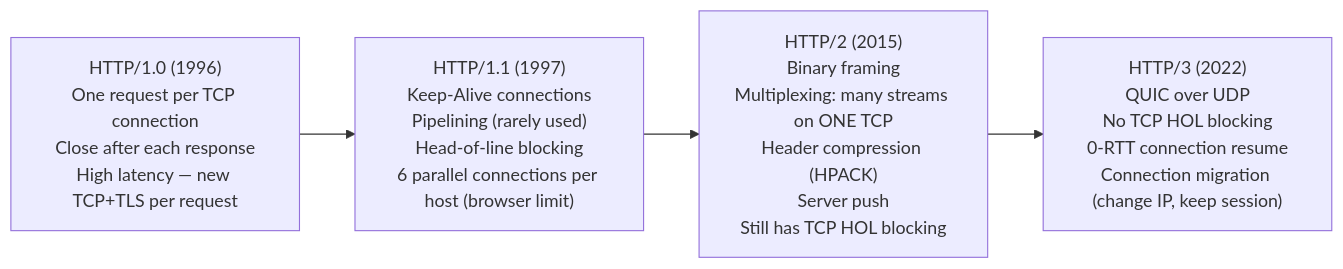
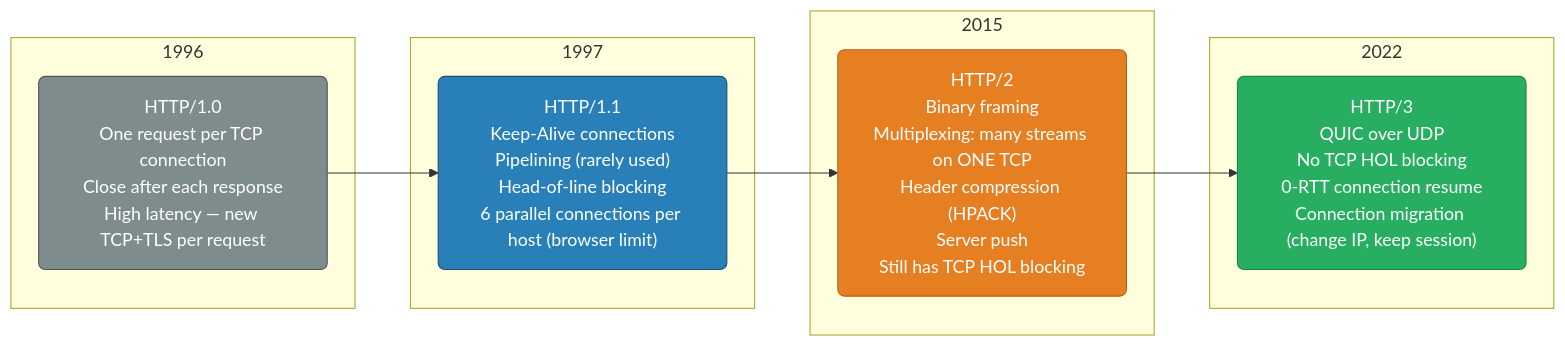
The fifth of 9 diagrams in networking/http-versions.md (deepanshu-rawat6/DevOpsIndex), drawn with Mermaid before and after one commit. The commit also changed other lines of this file and 8 other files, not shown here.

````diff
--- a/networking/http-versions.md
+++ b/networking/http-versions.md
@@ -132,9 +199,22 @@
 ```mermaid
 graph LR
-    H10["HTTP/1.0 (1996)<br>One request per TCP connection<br>Close after each response<br>High latency — new TCP+TLS per request"]
-    H11["HTTP/1.1 (1997)<br>Keep-Alive connections<br>Pipelining (rarely used)<br>Head-of-line blocking<br>6 parallel connections per host (browser limit)"]
-    H2["HTTP/2 (2015)<br>Binary framing<br>Multiplexing: many streams on ONE TCP<br>Header compression (HPACK)<br>Server push<br>Still has TCP HOL blocking"]
-    H3["HTTP/3 (2022)<br>QUIC over UDP<br>No TCP HOL blocking<br>0-RTT connection resume<br>Connection migration (change IP, keep session)"]
+    classDef v10 fill:#7f8c8d,stroke:#555,color:#fff,rx:6
+    classDef v11 fill:#2980b9,stroke:#1b4f72,color:#fff,rx:6
+    classDef v2 fill:#e67e22,stroke:#ba6018,color:#fff,rx:6
+    classDef v3 fill:#27ae60,stroke:#1e8449,color:#fff,rx:6
+
+    subgraph ERA10["1996"]
+        H10["HTTP/1.0<br/>One request per TCP connection<br/>Close after each response<br/>High latency — new TCP+TLS per request"]:::v10
+    end
+    subgraph ERA11["1997"]
+        H11["HTTP/1.1<br/>Keep-Alive connections<br/>Pipelining (rarely used)<br/>Head-of-line blocking<br/>6 parallel connections per host (browser limit)"]:::v11
+    end
+    subgraph ERA2["2015"]
+        H2["HTTP/2<br/>Binary framing<br/>Multiplexing: many streams on ONE TCP<br/>Header compression (HPACK)<br/>Server push<br/>Still has TCP HOL blocking"]:::v2
+    end
+    subgraph ERA3["2022"]
+        H3["HTTP/3<br/>QUIC over UDP<br/>No TCP HOL blocking<br/>0-RTT connection resume<br/>Connection migration (change IP, keep session)"]:::v3
+    end
 
     H10 --> H11 --> H2 --> H3
 ```
````
